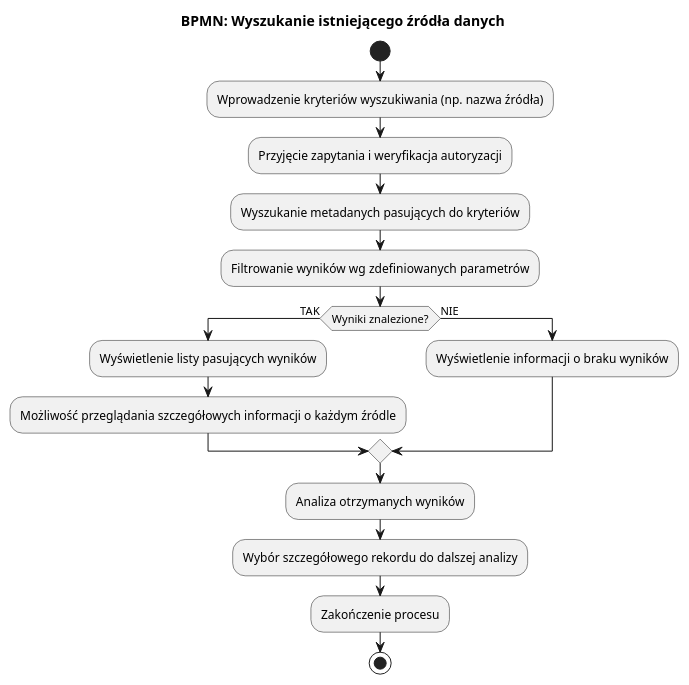
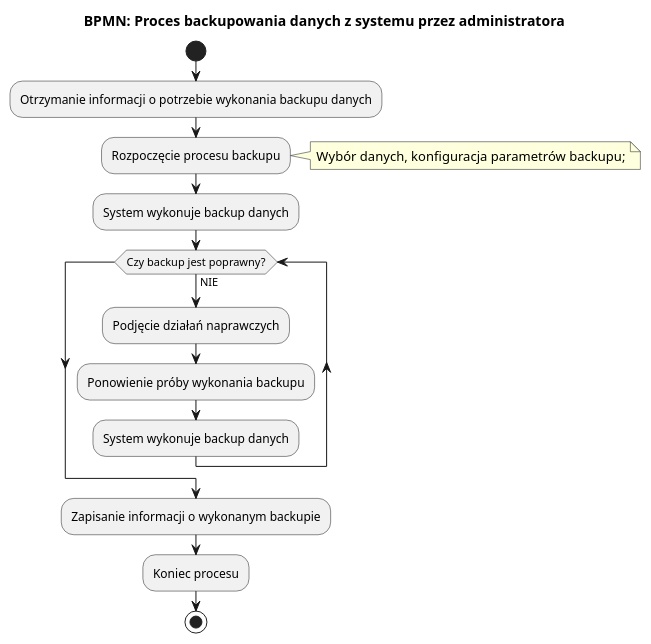
One commit to falkowp/IWO25L changed the diagram in dokumentacja/specyfikacja.wymagan/2.opis.biznesu/procesy.biznesowe/aktualne/A_PB0008.puml. Above: the diagram before and after it, drawn with PlantUML. The commit also changed 16 other files, not shown here.

```diff
--- a/dokumentacja/specyfikacja.wymagan/2.opis.biznesu/procesy.biznesowe/aktualne/A_PB0008.puml
+++ b/dokumentacja/specyfikacja.wymagan/2.opis.biznesu/procesy.biznesowe/aktualne/A_PB0008.puml
@@ -1,20 +1,18 @@
 @startuml
-title BPMN: Wyszukanie istniejącego źródła danych
+title BPMN: Proces backupowania danych z systemu przez administratora
 
-|Użytkownik|
+|Administrator|
 start
-:Wprowadzenie kryteriów wyszukiwania (np. nazwa źródła);
-:Przyjęcie zapytania i weryfikacja autoryzacji;
-:Wyszukanie metadanych pasujących do kryteriów;
-:Filtrowanie wyników wg zdefiniowanych parametrów;
-if (Wyniki znalezione?) then (TAK)
-  :Wyświetlenie listy pasujących wyników;
-  :Możliwość przeglądania szczegółowych informacji o każdym źródle;
-else (NIE)
-  :Wyświetlenie informacji o braku wyników;
-endif
-:Analiza otrzymanych wyników;
-:Wybór szczegółowego rekordu do dalszej analizy;
-:Zakończenie procesu;
+:Otrzymanie informacji o potrzebie wykonania backupu danych;
+:Rozpoczęcie procesu backupu;
+note right: Wybór danych, konfiguracja parametrów backupu;
+:System wykonuje backup danych;
+while (Czy backup jest poprawny?) is (NIE)
+  :Podjęcie działań naprawczych;
+  :Ponowienie próby wykonania backupu;
+  :System wykonuje backup danych;
+endwhile
+:Zapisanie informacji o wykonanym backupie;
+:Koniec procesu;
 stop
 @enduml
```
